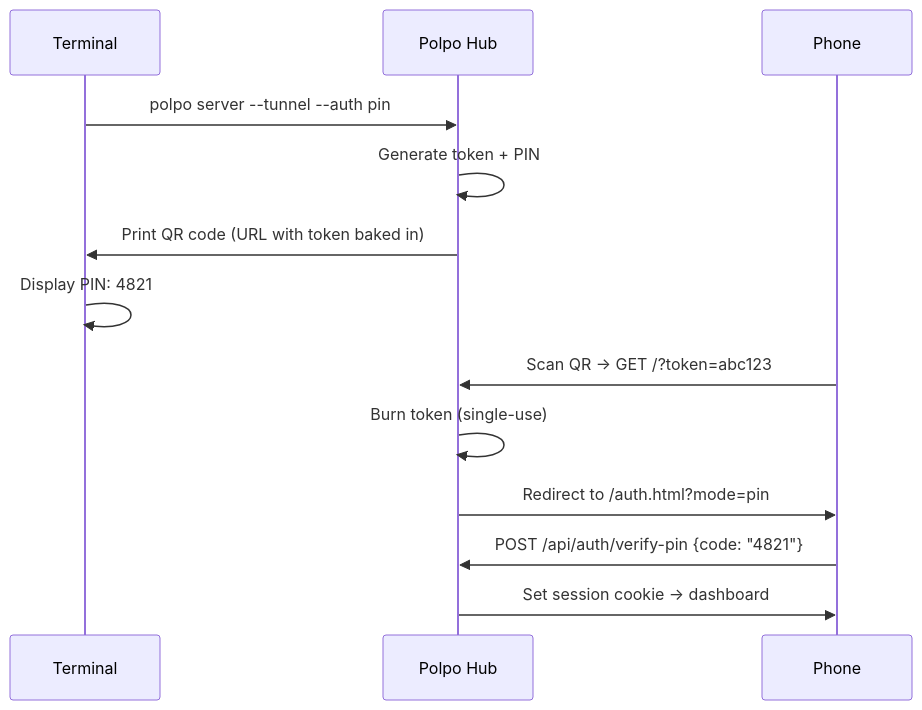
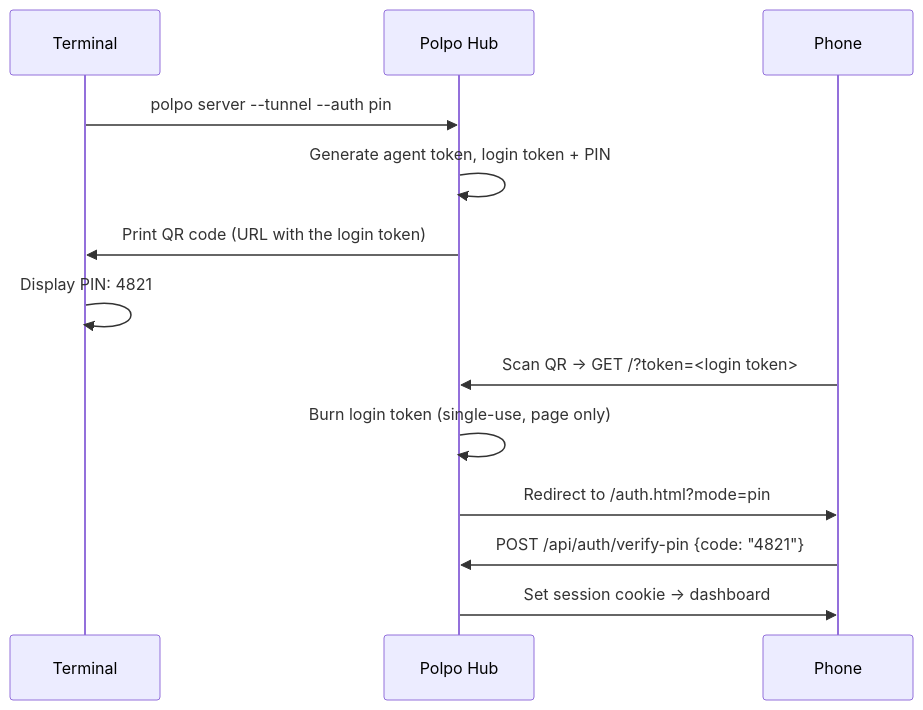
The first of 10 diagrams in docs/diagrams.md (pugliatechs/polpo), drawn with Mermaid before and after one commit. The commit also changed 14 other files, not shown here.

First line of the commit message:
fix(auth): keep the agent token out of links, and refuse it in a URL

````diff
--- a/docs/diagrams.md
+++ b/docs/diagrams.md
@@ -5,16 +5,16 @@
 ```mermaid
 sequenceDiagram
     participant Term as Terminal
     participant Hub as Polpo Hub
     participant Phone as Phone
 
     Term->>Hub: polpo server --tunnel --auth pin
-    Hub->>Hub: Generate token + PIN
-    Hub->>Term: Print QR code (URL with token baked in)
+    Hub->>Hub: Generate agent token, login token + PIN
+    Hub->>Term: Print QR code (URL with the login token)
     Term->>Term: Display PIN: 4821
-    Phone->>Hub: Scan QR → GET /?token=abc123
-    Hub->>Hub: Burn token (single-use)
+    Phone->>Hub: Scan QR → GET /?token=<login token>
+    Hub->>Hub: Burn login token (single-use, page only)
     Hub->>Phone: Redirect to /auth.html?mode=pin
     Phone->>Hub: POST /api/auth/verify-pin {code: "4821"}
     Hub->>Phone: Set session cookie → dashboard
 ```
````
